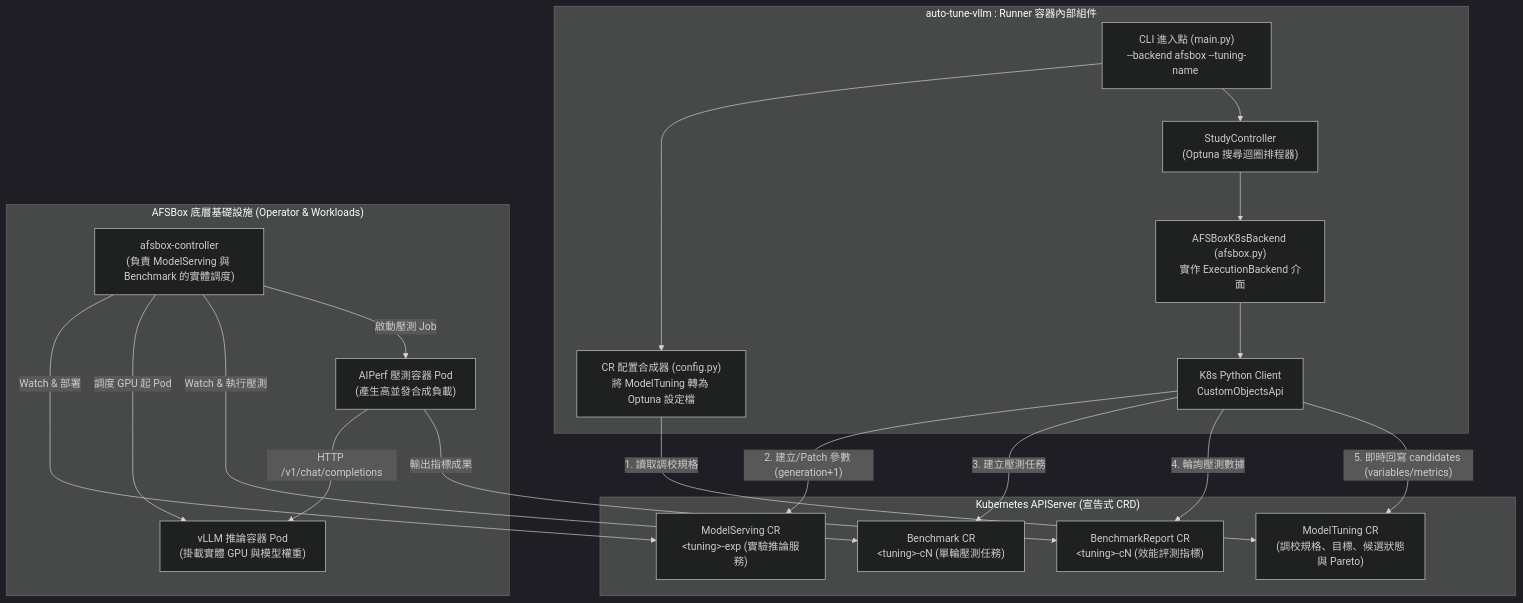
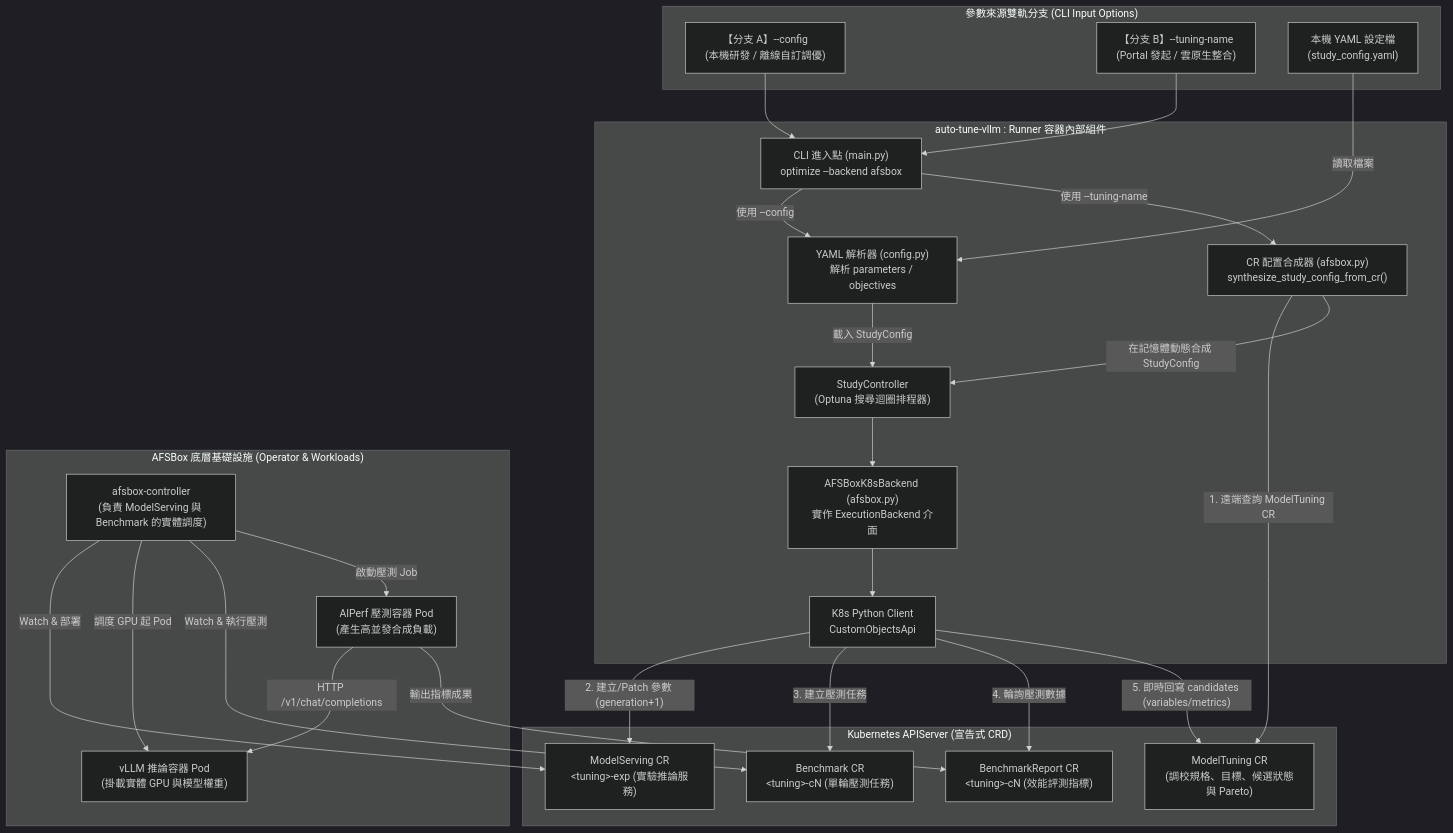
The second of 4 diagrams in docs/afsbox_integration.md (keyword1983/auto-tuning-vllm), drawn with Mermaid (dark theme) before and after one commit. The commit also changed other lines of this file, not shown here.

Commit message:
docs(diagrams): add clear dual-track config input paths for --tuning-name and --config

````diff
--- a/docs/afsbox_integration.md
+++ b/docs/afsbox_integration.md
@@ -68,41 +68,59 @@
 ```mermaid
 graph TB
+    subgraph Inputs["參數來源雙軌分支 (CLI Input Options)"]
+        OptConfig["【分支 A】--config <yaml-path><br/>(本機研發 / 離線自訂調優)"]
+        OptTuning["【分支 B】--tuning-name <cr-name><br/>(Portal 發起 / 雲原生整合)"]
+        LocalFile["本機 YAML 設定檔<br/>(study_config.yaml)"]
+    end
+
     subgraph TunerRunner["auto-tune-vllm : Runner 容器內部組件"]
-        CLI["CLI 進入點 (main.py)<br/>--backend afsbox --tuning-name <cr>"]
+        CLI["CLI 進入點 (main.py)<br/>optimize --backend afsbox"]
+        Parser["YAML 解析器 (config.py)<br/>解析 parameters / objectives"]
+        Synthesizer["CR 配置合成器 (afsbox.py)<br/>synthesize_study_config_from_cr()"]
         StudyCtrl["StudyController<br/>(Optuna 搜尋迴圈排程器)"]
-        Synthesizer["CR 配置合成器 (config.py)<br/>將 ModelTuning 轉為 Optuna 設定檔"]
         Backend["AFSBoxK8sBackend (afsbox.py)<br/>實作 ExecutionBackend 介面"]
         K8sClient["K8s Python Client<br/>CustomObjectsApi"]
     end
 
     subgraph K8sAPI["Kubernetes APIServer (宣告式 CRD)"]
         CR_Tuning["ModelTuning CR<br/>(調校規格、目標、候選狀態與 Pareto)"]
         CR_Serving["ModelServing CR<br/>&lt;tuning&gt;-exp (實驗推論服務)"]
         CR_Bench["Benchmark CR<br/>&lt;tuning&gt;-cN (單輪壓測任務)"]
         CR_Report["BenchmarkReport CR<br/>&lt;tuning&gt;-cN (效能評測指標)"]
     end
 
     subgraph AFSBoxInfra["AFSBox 底層基礎設施 (Operator & Workloads)"]
         AFS_Ctrl["afsbox-controller<br/>(負責 ModelServing 與 Benchmark 的實體調度)"]
         ServingPod["vLLM 推論容器 Pod<br/>(掛載實體 GPU 與模型權重)"]
         AIPerfPod["AIPerf 壓測容器 Pod<br/>(產生高並發合成負載)"]
     end
 
-    CLI --> Synthesizer
-    Synthesizer -->|"1. 讀取調校規格"| CR_Tuning
-    CLI --> StudyCtrl
+    OptConfig --> CLI
+    OptTuning --> CLI
+
+    %% 分支 A 流程 (本地檔案)
+    LocalFile -->|"讀取檔案"| Parser
+    CLI -->|"使用 --config"| Parser
+    Parser -->|"載入 StudyConfig"| StudyCtrl
+
+    %% 分支 B 流程 (CRD 動態合成)
+    CLI -->|"使用 --tuning-name"| Synthesizer
+    Synthesizer -->|"1. 遠端查詢 ModelTuning CR"| CR_Tuning
+    Synthesizer -->|"在記憶體動態合成 StudyConfig"| StudyCtrl
+
+    %% 調優迴圈與執行
     StudyCtrl --> Backend
     Backend --> K8sClient
 
     K8sClient -->|"2. 建立/Patch 參數 (generation+1)"| CR_Serving
     K8sClient -->|"3. 建立壓測任務"| CR_Bench
     K8sClient -->|"4. 輪詢壓測數據"| CR_Report
     K8sClient -->|"5. 即時回寫 candidates (variables/metrics)"| CR_Tuning
 
     AFS_Ctrl -->|"Watch & 部署"| CR_Serving
     AFS_Ctrl -->|"調度 GPU 起 Pod"| ServingPod
     AFS_Ctrl -->|"Watch & 執行壓測"| CR_Bench
     AFS_Ctrl -->|"啟動壓測 Job"| AIPerfPod
     AIPerfPod -->|"HTTP /v1/chat/completions"| ServingPod
     AIPerfPod -->|"輸出指標成果"| CR_Report
 ```
````
